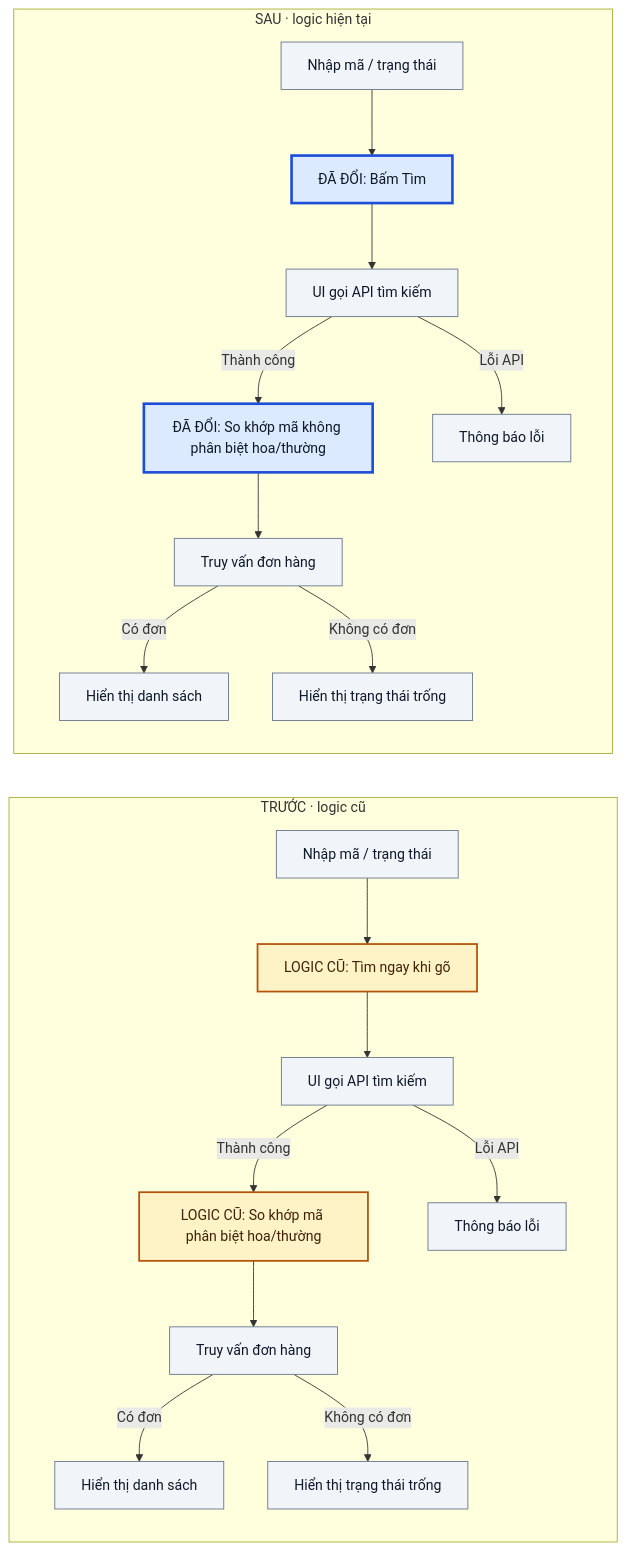
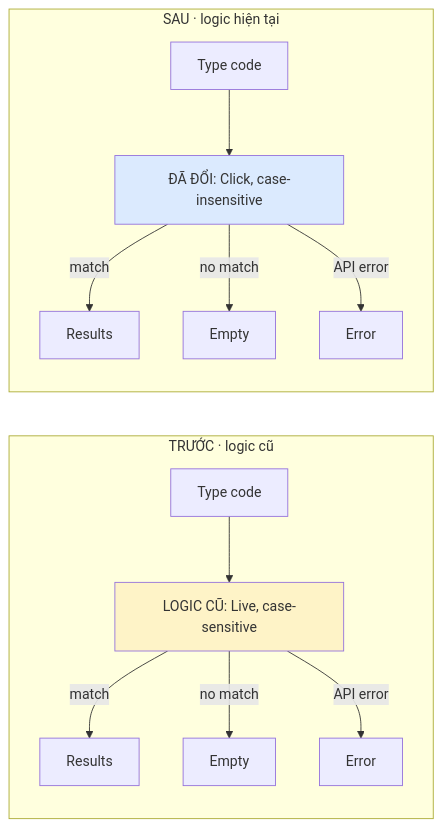
Before and after one commit to minh-lb/ai-tools: the diagram in implementation-notes/examples/implementation-notes.md, drawn with Mermaid. The commit also changed other lines of this file and 3 other files, not shown here.

````diff
--- a/implementation-notes/examples/implementation-notes.md
+++ b/implementation-notes/examples/implementation-notes.md
@@ -15,29 +9,19 @@
 ```mermaid
 flowchart LR
     subgraph OLD["TRƯỚC · logic cũ"]
-        direction TB
-        O1["Nhập mã / trạng thái"] --> O2["LOGIC CŨ: Tìm ngay khi gõ"]
-        O2 --> O3["UI gọi API tìm kiếm"]
-        O3 -->|Thành công| O4["LOGIC CŨ: So khớp mã phân biệt hoa/thường"]
-        O3 -->|Lỗi API| O8["Thông báo lỗi"]
-        O4 --> O5["Truy vấn đơn hàng"]
-        O5 -->|Có đơn| O6["Hiển thị danh sách"]
-        O5 -->|Không có đơn| O7["Hiển thị trạng thái trống"]
+        A["Type code"] --> B["LOGIC CŨ: Live, case-sensitive"]
+        B -->|match| C["Results"]
+        B -->|no match| D["Empty"]
+        B -->|API error| E["Error"]
     end
     subgraph NEW["SAU · logic hiện tại"]
-        direction TB
-        N1["Nhập mã / trạng thái"] --> N2["ĐÃ ĐỔI: Bấm Tìm"]
-        N2 --> N3["UI gọi API tìm kiếm"]
-        N3 -->|Thành công| N4["ĐÃ ĐỔI: So khớp mã không phân biệt hoa/thường"]
-        N3 -->|Lỗi API| N8["Thông báo lỗi"]
-        N4 --> N5["Truy vấn đơn hàng"]
-        N5 -->|Có đơn| N6["Hiển thị danh sách"]
-        N5 -->|Không có đơn| N7["Hiển thị trạng thái trống"]
+        F["Type code"] --> G["ĐÃ ĐỔI: Click, case-insensitive"]
+        G -->|match| H["Results"]
+        G -->|no match| I["Empty"]
+        G -->|API error| J["Error"]
     end
-    classDef old fill:#fef3c7,stroke:#b45309,stroke-width:2px,color:#422006
-    classDef changed fill:#dbeafe,stroke:#1d4ed8,stroke-width:3px,color:#0f172a
-    classDef context fill:#f1f5f9,stroke:#64748b,color:#0f172a
-    class O2,O4 old
-    class N2,N4 changed
-    class O1,O3,O5,O6,O7,O8,N1,N3,N5,N6,N7,N8 context
+    classDef old fill:#fef3c7
+    classDef changed fill:#dbeafe
+    class B old
+    class G changed
 ```
````
